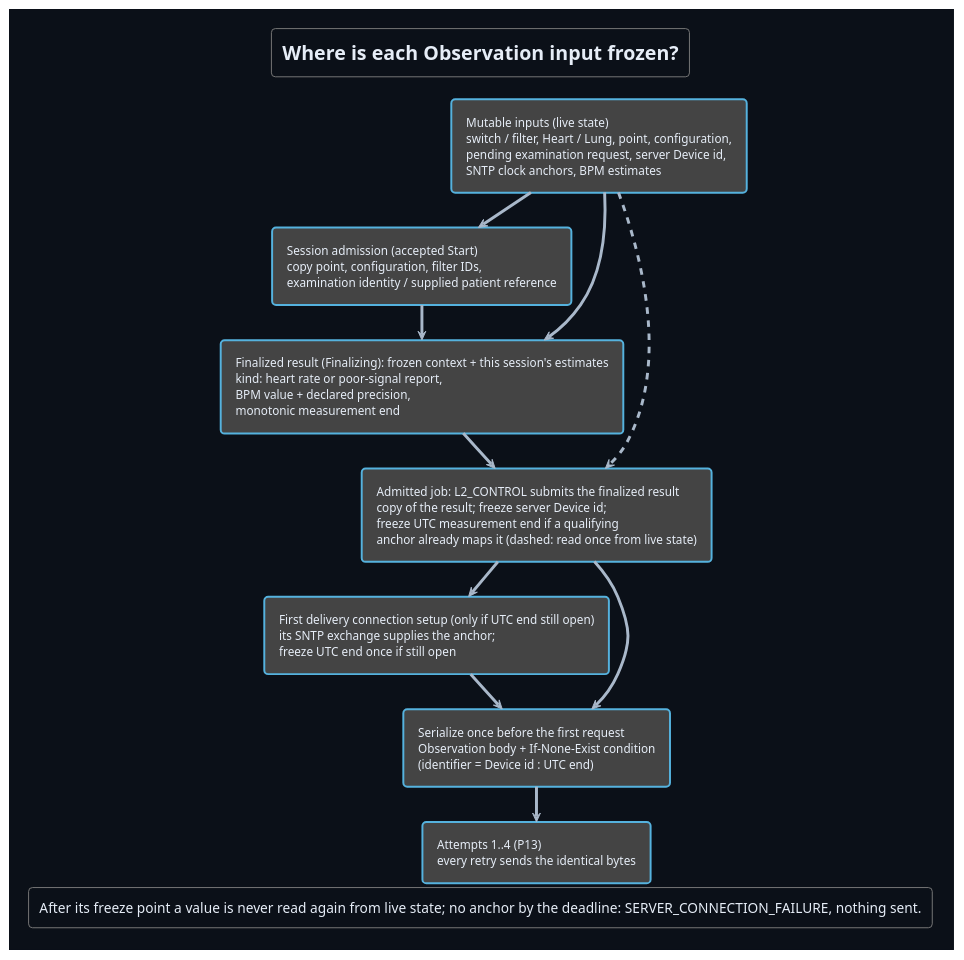
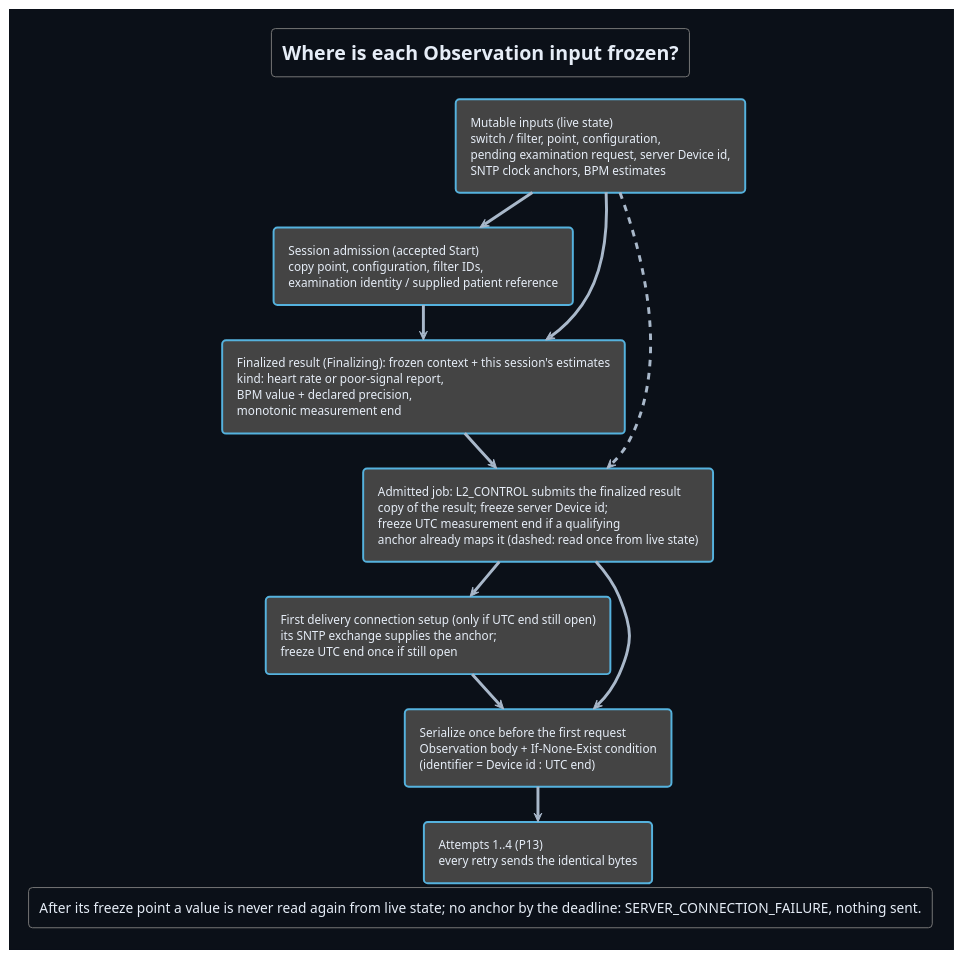
Before and after one commit to DemonicPsychoII/DigitalStethoscope: the diagram in Development/system/design/puml/shared-delivery-provenance.puml, drawn with PlantUML. The commit also changed 24 other files, not shown here.

First line of the commit message:
documentation: remove the functions outside the product from the architecture views

```diff
--- a/Development/system/design/puml/shared-delivery-provenance.puml
+++ b/Development/system/design/puml/shared-delivery-provenance.puml
@@ -1,30 +1,30 @@
 @startuml shared_delivery_provenance
 !theme cyborg
 !pragma layout smetana
 skinparam shadowing false
 skinparam backgroundColor #0b1018
 skinparam defaultFontColor #e6edf7
 skinparam ArrowColor #a9b8ca
 skinparam defaultFontName SansSerif
 title Where is each Observation input frozen?
 top to bottom direction
-rectangle "Mutable inputs (live state)\nswitch / filter, Heart / Lung, point, configuration,\npending examination request, server Device id,\nSNTP clock anchors, BPM estimates" as live
+rectangle "Mutable inputs (live state)\nswitch / filter, point, configuration,\npending examination request, server Device id,\nSNTP clock anchors, BPM estimates" as live
 rectangle "Session admission (accepted Start)\ncopy point, configuration, filter IDs,\nexamination identity / supplied patient reference" as admission
 rectangle "Finalized result (Finalizing): frozen context + this session's estimates\nkind: heart rate or poor-signal report,\nBPM value + declared precision,\nmonotonic measurement end" as result
 rectangle "Admitted job: L2_CONTROL submits the finalized result\ncopy of the result; freeze server Device id;\nfreeze UTC measurement end if a qualifying\nanchor already maps it (dashed: read once from live state)" as job
 rectangle "First delivery connection setup (only if UTC end still open)\nits SNTP exchange supplies the anchor;\nfreeze UTC end once if still open" as setup
 rectangle "Serialize once before the first request\nObservation body + If-None-Exist condition\n(identifier = Device id : UTC end)" as bytes
 rectangle "Attempts 1..4 (P13)\nevery retry sends the identical bytes" as retries
 live --> admission
 admission --> result
 live --> result
 result --> job
 live ..> job
 job --> setup
 job --> bytes
 setup --> bytes
 bytes --> retries
 legend bottom
  After its freeze point a value is never read again from live state; no anchor by the deadline: SERVER_CONNECTION_FAILURE, nothing sent.
 endlegend
 @enduml
```
